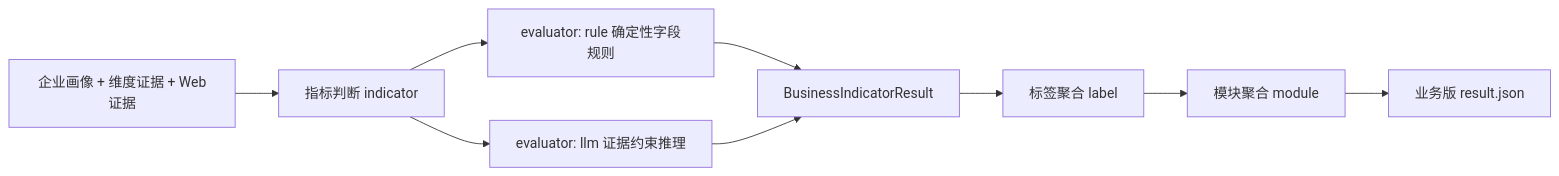
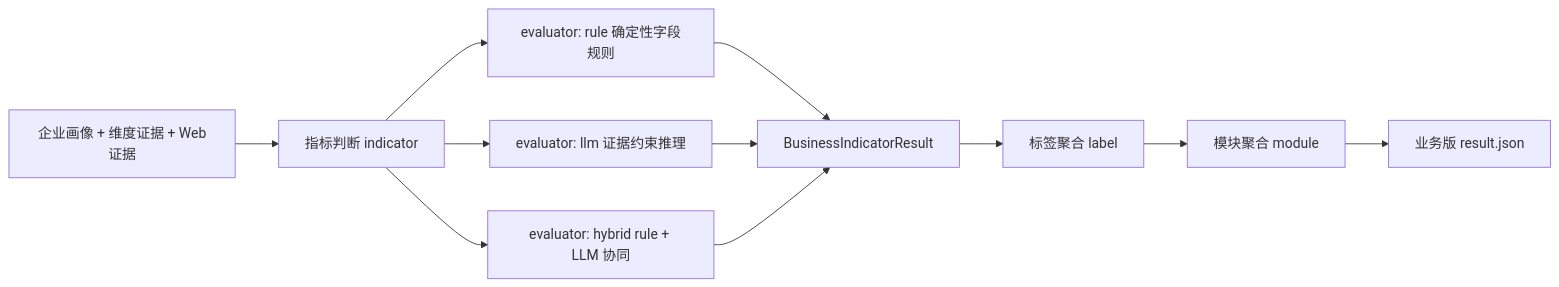
Before and after one commit to leeing/xft-dd: the fourth of 4 diagrams in docs/ARCHITECTURE.md, drawn with Mermaid. The commit also changed 6 other files, not shown here.

````diff
--- a/docs/ARCHITECTURE.md
+++ b/docs/ARCHITECTURE.md
@@ -365,11 +365,13 @@
 ```mermaid
 flowchart LR
     facts["企业画像 + 维度证据 + Web证据"] --> ind["指标判断 indicator"]
     ind --> rule["evaluator: rule 确定性字段规则"]
     ind --> llm["evaluator: llm 证据约束推理"]
+    ind --> hybrid["evaluator: hybrid rule + LLM 协同"]
     rule --> indres["BusinessIndicatorResult"]
     llm --> indres
+    hybrid --> indres
     indres --> label["标签聚合 label"]
     label --> module["模块聚合 module"]
     module --> resultjson["业务版 result.json"]
 ```
````
